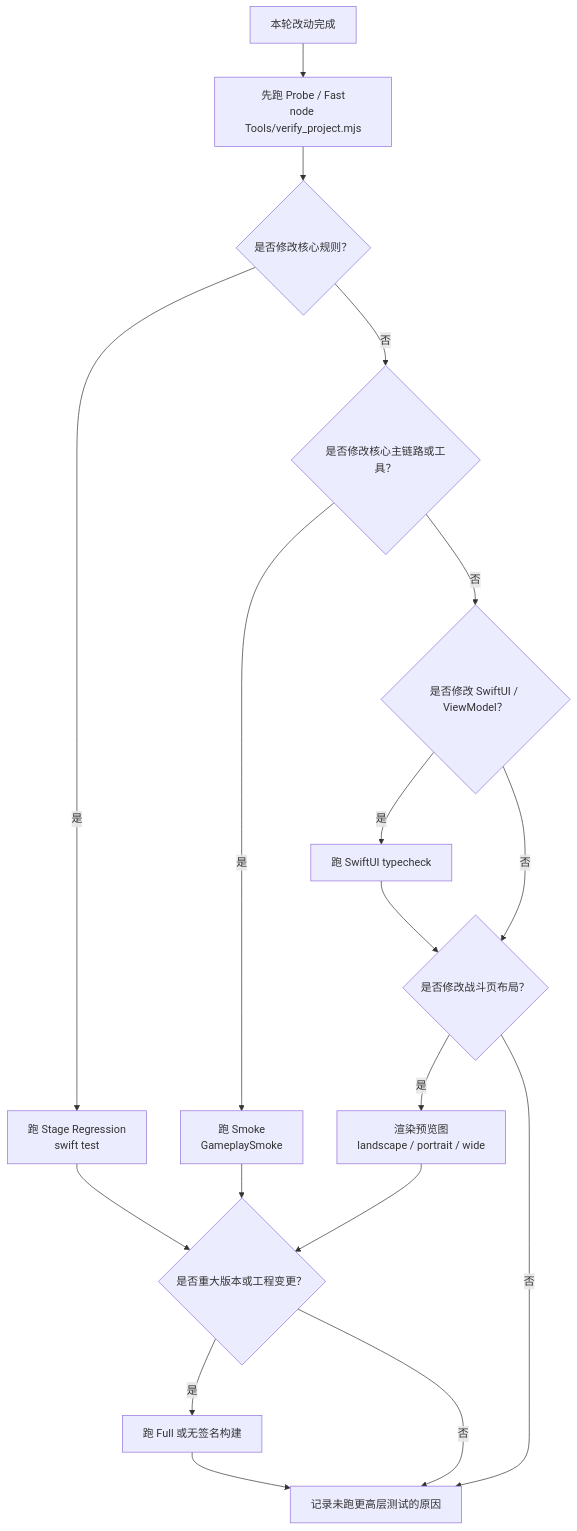
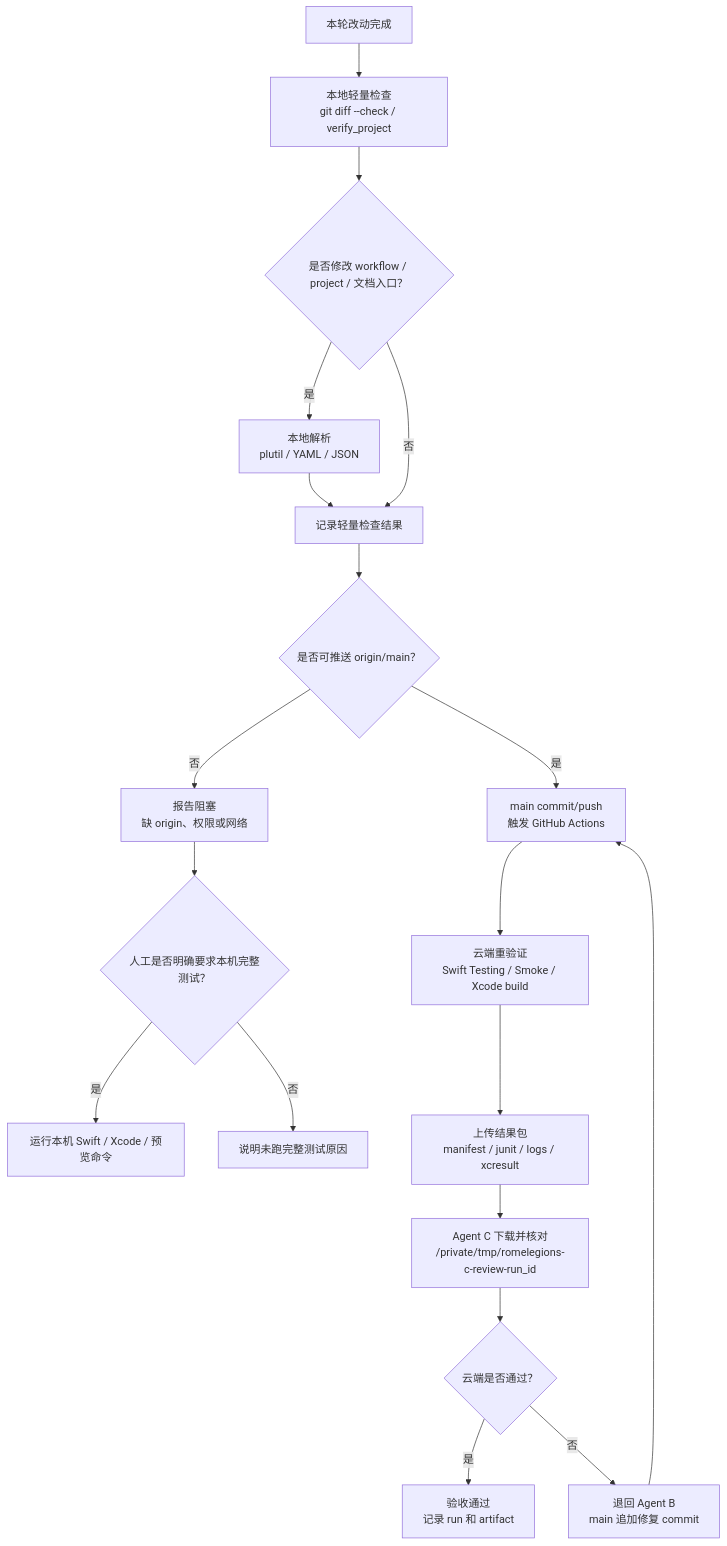
One commit to Altman-sam114/119 changed the fifth of 5 diagrams in md/flow/flowchart.md. Above: the diagram before and after it, drawn with Mermaid. The commit also changed other lines of this file and 8 other files, not shown here.

````diff
--- a/md/flow/flowchart.md
+++ b/md/flow/flowchart.md
@@ -85,20 +87,21 @@
 ```mermaid
 flowchart TD
-    A["本轮改动完成"] --> B["先跑 Probe / Fast<br/>node Tools/verify_project.mjs"]
-    B --> C{"是否修改核心规则？"}
-    C -->|是| D["跑 Stage Regression<br/>swift test"]
-    C -->|否| E{"是否修改核心主链路或工具？"}
-    E -->|是| F["跑 Smoke<br/>GameplaySmoke"]
-    E -->|否| G{"是否修改 SwiftUI / ViewModel？"}
-    G -->|是| H["跑 SwiftUI typecheck"]
-    G -->|否| I{"是否修改战斗页布局？"}
-    H --> I
-    I -->|是| J["渲染预览图<br/>landscape / portrait / wide"]
-    I -->|否| K["记录未跑更高层测试的原因"]
-    D --> L{"是否重大版本或工程变更？"}
-    F --> L
-    J --> L
-    L -->|是| M["跑 Full 或无签名构建"]
-    L -->|否| K
-    M --> K
+    A["本轮改动完成"] --> B["本地轻量检查<br/>git diff --check / verify_project"]
+    B --> C{"是否修改 workflow / project / 文档入口？"}
+    C -->|是| D["本地解析<br/>plutil / YAML / JSON"]
+    C -->|否| E["记录轻量检查结果"]
+    D --> E
+    E --> F{"是否可推送 origin/main？"}
+    F -->|否| G["报告阻塞<br/>缺 origin、权限或网络"]
+    F -->|是| H["main commit/push<br/>触发 GitHub Actions"]
+    H --> I["云端重验证<br/>Swift Testing / Smoke / Xcode build"]
+    I --> J["上传结果包<br/>manifest / junit / logs / xcresult"]
+    J --> K["Agent C 下载并核对<br/>/private/tmp/romelegions-c-review-run_id"]
+    K --> L{"云端是否通过？"}
+    L -->|是| M["验收通过<br/>记录 run 和 artifact"]
+    L -->|否| N["退回 Agent B<br/>main 追加修复 commit"]
+    N --> H
+    G --> O{"人工是否明确要求本机完整测试？"}
+    O -->|是| P["运行本机 Swift / Xcode / 预览命令"]
+    O -->|否| Q["说明未跑完整测试原因"]
 ```
````
